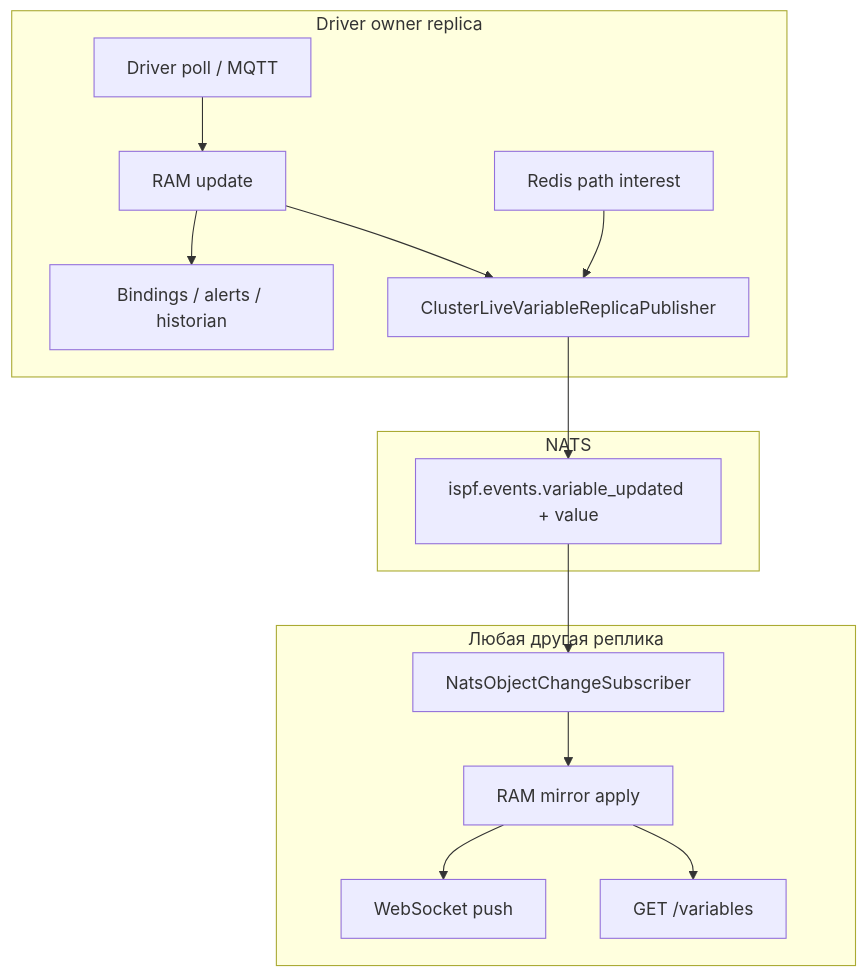
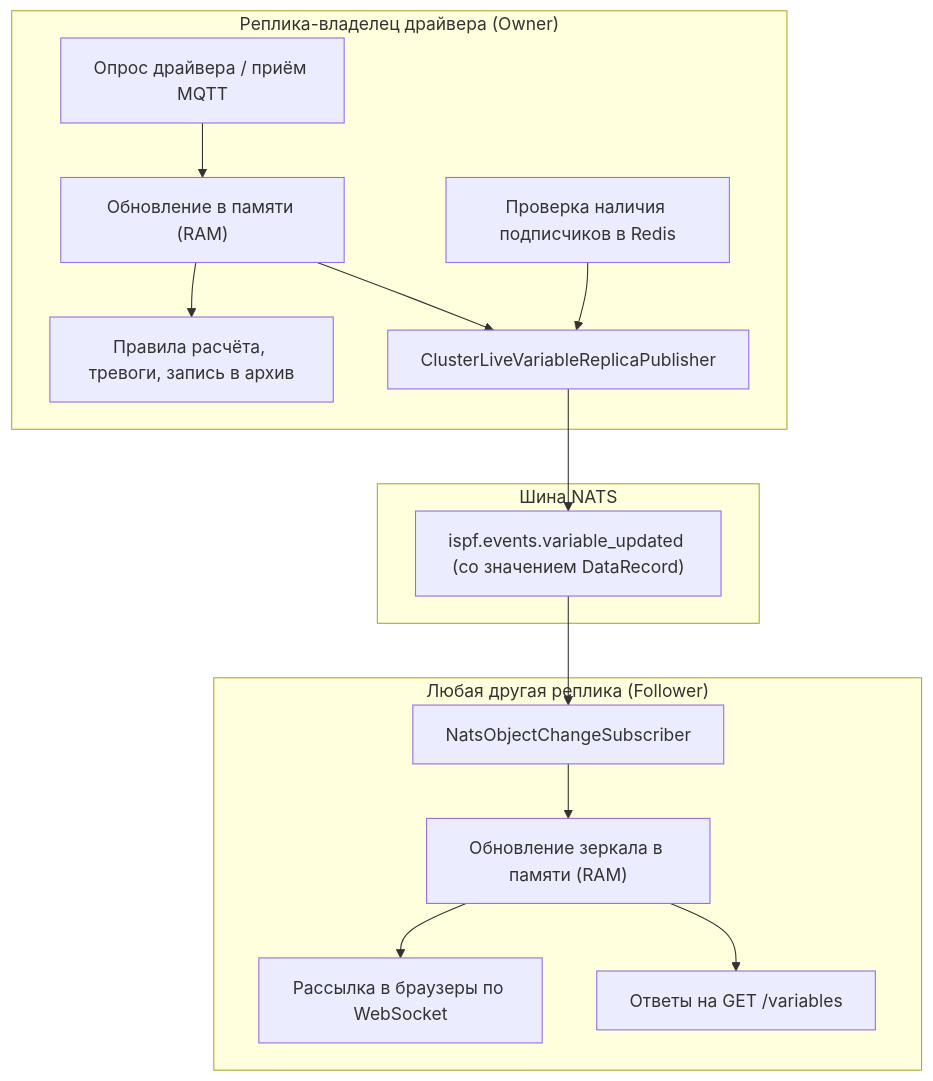
One commit to iot-solutions-ru/ispf changed the diagram in docs/ru/cluster.md. Above: the diagram before and after it, drawn with Mermaid. The commit also changed other lines of this file and 105 other files, not shown here.

````diff
--- a/docs/ru/cluster.md
+++ b/docs/ru/cluster.md
@@ -131,25 +65,25 @@
 ```mermaid
 flowchart TB
-    subgraph owner [Driver owner replica]
-        DRV[Driver poll / MQTT]
-        RAM1[RAM update]
-        AUTO[Bindings / alerts / historian]
-        INT[Redis path interest]
-        PUB[ClusterLiveVariableReplicaPublisher]
+    subgraph owner ["Реплика-владелец драйвера (Owner)"]
+        DRV["Опрос драйвера / приём MQTT"]
+        RAM1["Обновление в памяти (RAM)"]
+        AUTO["Правила расчёта, тревоги, запись в архив"]
+        INT["Проверка наличия подписчиков в Redis"]
+        PUB["ClusterLiveVariableReplicaPublisher"]
         DRV --> RAM1 --> AUTO
         RAM1 --> PUB
         INT --> PUB
     end
-    subgraph bus [NATS]
-        NATS["ispf.events.variable_updated + value"]
+    subgraph bus ["Шина NATS"]
+        NATS["ispf.events.variable_updated (со значением DataRecord)"]
     end
-    subgraph follower [Любая другая реплика]
-        SUB[NatsObjectChangeSubscriber]
-        RAM2[RAM mirror apply]
-        WS[WebSocket push]
-        REST[GET /variables]
+    subgraph follower ["Любая другая реплика (Follower)"]
+        SUB["NatsObjectChangeSubscriber"]
+        RAM2["Обновление зеркала в памяти (RAM)"]
+        WS["Рассылка в браузеры по WebSocket"]
+        REST["Ответы на GET /variables"]
         SUB --> RAM2 --> WS
         RAM2 --> REST
     end
     PUB --> NATS --> SUB
 ```
````
